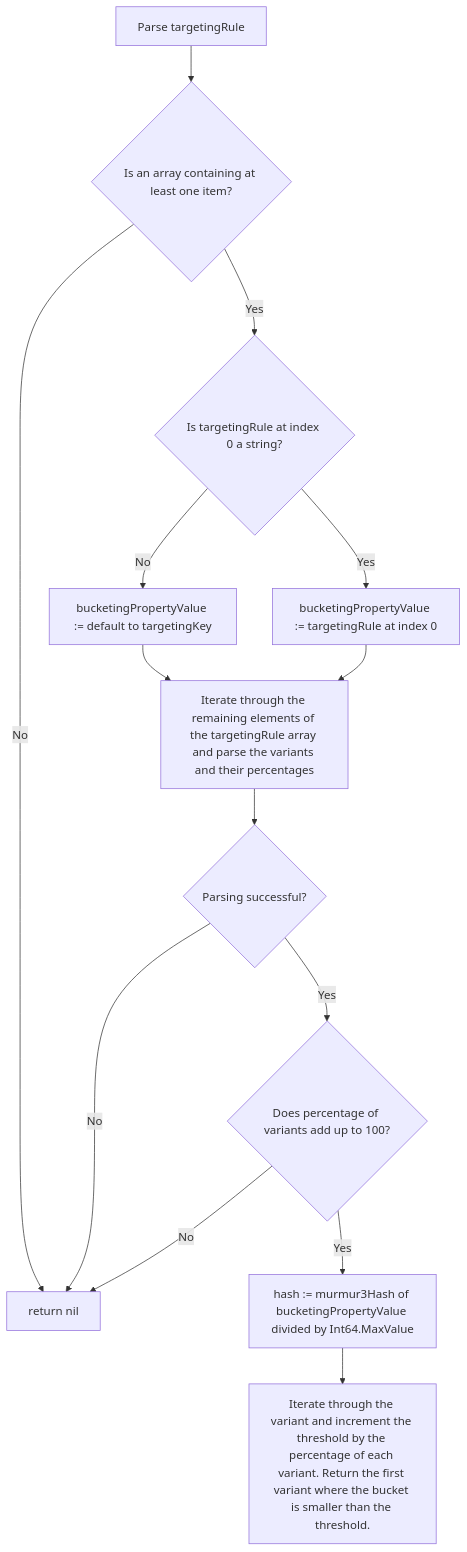
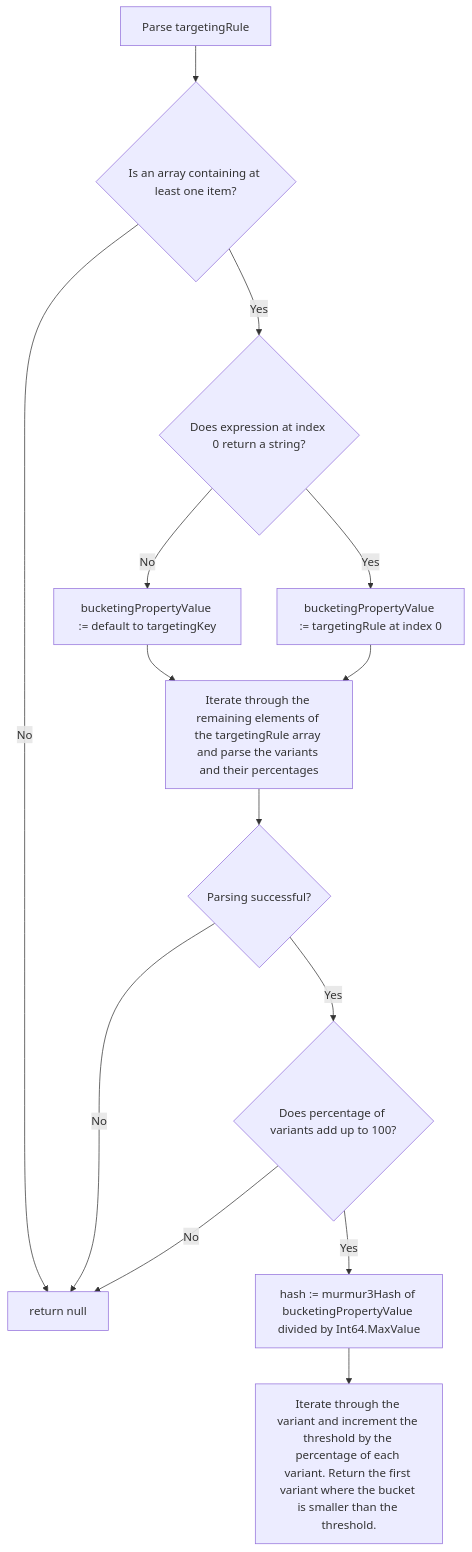
The diagram in docs/reference/specifications/custom-operations/fractional-operation-spec.md (open-feature/flagd), drawn with Mermaid before and after one commit. The commit also changed other lines of this file and 3 other files, not shown here.

````diff
--- a/docs/reference/specifications/custom-operations/fractional-operation-spec.md
+++ b/docs/reference/specifications/custom-operations/fractional-operation-spec.md
@@ -62,16 +62,16 @@
 ```mermaid
 flowchart TD
 A[Parse targetingRule] --> B{Is an array containing at least one item?};
-B -- Yes --> C{Is targetingRule at index 0 a string?};
-B -- No --> D[return nil]
+B -- Yes --> C{Does expression at index 0 return a string?};
+B -- No --> D[return null]
 C -- No --> E[bucketingPropertyValue := default to targetingKey];
 C -- Yes --> F[bucketingPropertyValue := targetingRule at index 0];
 E --> G[Iterate through the remaining elements of the targetingRule array and parse the variants and their percentages];
 F --> G;
 G --> H{Parsing successful?};
 H -- No --> D;
 H -- Yes --> I{Does percentage of variants add up to 100?};
 I -- No --> D;
 I -- Yes --> J[hash := murmur3Hash of bucketingPropertyValue divided by Int64.MaxValue]
 J --> K[Iterate through the variant and increment the threshold by the percentage of each variant. Return the first variant where the bucket is smaller than the threshold.]
 ```
````
